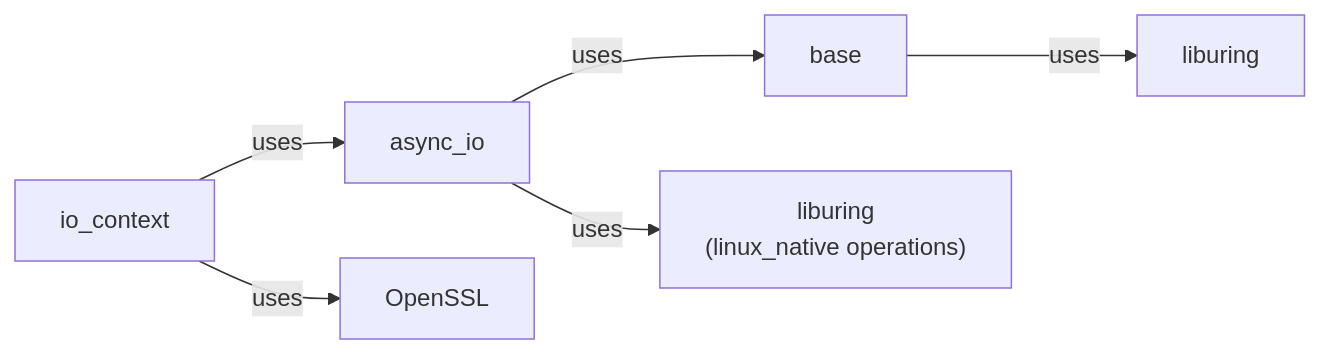
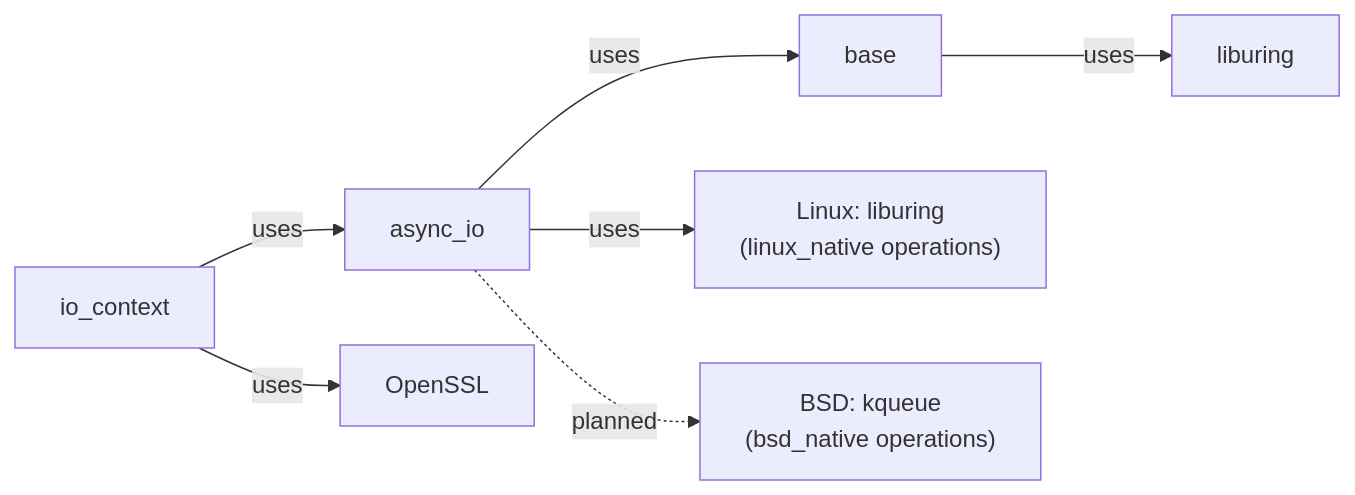
The second of 2 diagrams in docs/design/architecture/layers.md (haomingbai/bnio), drawn with Mermaid before and after one commit. The commit also changed other lines of this file and 12 other files, not shown here.

````diff
--- a/docs/design/architecture/layers.md
+++ b/docs/design/architecture/layers.md
@@ -59,8 +58,9 @@
 ```mermaid
 graph LR
     L3["io_context"] -->|"uses"| L2["async_io"]
     L2 -->|"uses"| L1["base"]
     L1 -->|"uses"| LIB["liburing"]
     L3 -->|"uses"| SSL["OpenSSL"]
-    L2 -->|"uses"| LIB2["liburing<br/>(linux_native operations)"]
+    L2 -->|"uses"| LIB2["Linux: liburing<br/>(linux_native operations)"]
+    L2 -.->|"planned"| BSD["BSD: kqueue<br/>(bsd_native operations)"]
 ```
````
